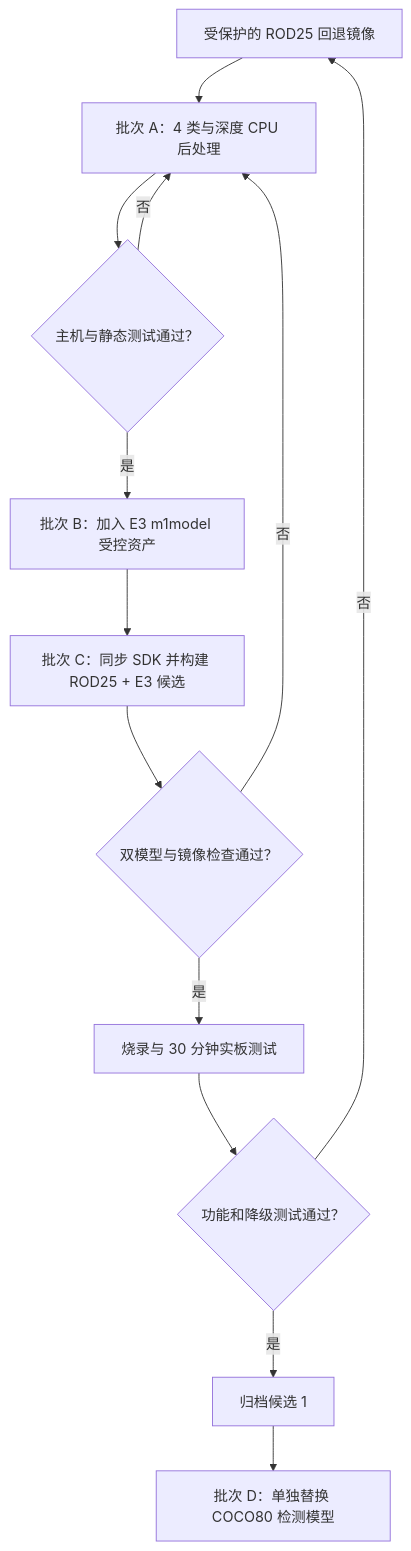
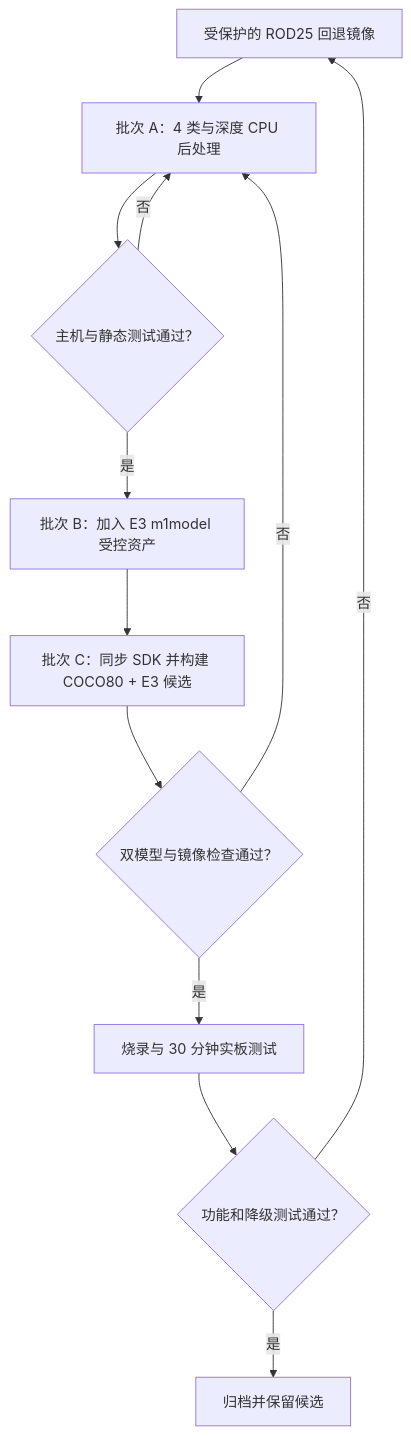
One commit to daiyonglin/graynav-obstacle-detect changed the diagram in docs/GRAYNAV_LOCAL_INTEGRATION_AND_BOARD_TEST_PLAN_2026-08-11.md. Above: the diagram before and after it, drawn with Mermaid. The commit also changed other lines of this file and 20 other files, not shown here.

````diff
--- a/docs/GRAYNAV_LOCAL_INTEGRATION_AND_BOARD_TEST_PLAN_2026-08-11.md
+++ b/docs/GRAYNAV_LOCAL_INTEGRATION_AND_BOARD_TEST_PLAN_2026-08-11.md
@@ -30,15 +26,14 @@
 ```mermaid
 flowchart TD
     A["受保护的 ROD25 回退镜像"] --> B["批次 A：4 类与深度 CPU 后处理"]
     B --> C{"主机与静态测试通过？"}
     C -->|否| B
     C -->|是| D["批次 B：加入 E3 m1model 受控资产"]
-    D --> E["批次 C：同步 SDK 并构建 ROD25 + E3 候选"]
+    D --> E["批次 C：同步 SDK 并构建 COCO80 + E3 候选"]
     E --> F{"双模型与镜像检查通过？"}
     F -->|否| B
     F -->|是| G["烧录与 30 分钟实板测试"]
     G --> H{"功能和降级测试通过？"}
     H -->|否| A
-    H -->|是| I["归档候选 1"]
-    I --> J["批次 D：单独替换 COCO80 检测模型"]
+    H -->|是| I["归档并保留候选"]
 ```
````
